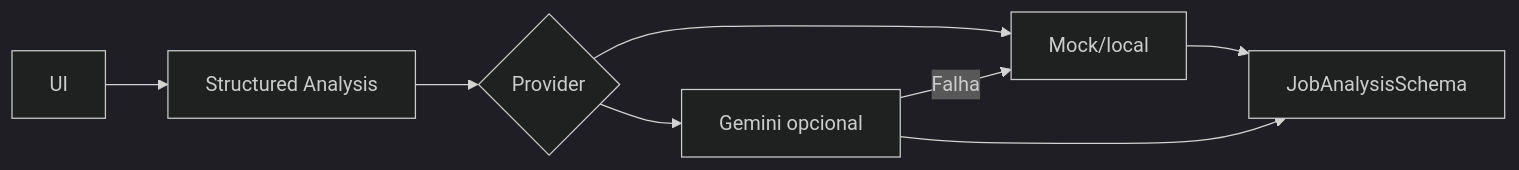
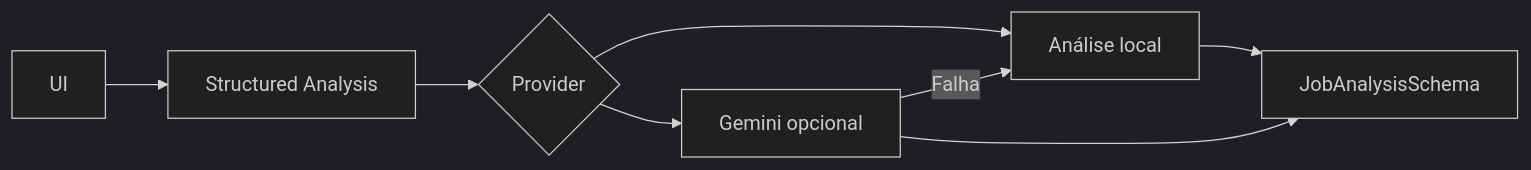
One commit to Soturine/SotuHire changed the second of 2 diagrams in docs/04-ai/provider-strategy.md. Above: the diagram before and after it, drawn with Mermaid (dark theme). The commit also changed other lines of this file and 8 other files, not shown here.

````diff
--- a/docs/04-ai/provider-strategy.md
+++ b/docs/04-ai/provider-strategy.md
@@ -118,10 +118,10 @@
 ```mermaid
 flowchart LR
     A[UI] --> B[Structured Analysis]
     B --> C{Provider}
-    C --> D[Mock/local]
+    C --> D[Análise local]
     C --> E[Gemini opcional]
     E -->|Falha| D
     D --> F[JobAnalysisSchema]
     E --> F
 ```
````
